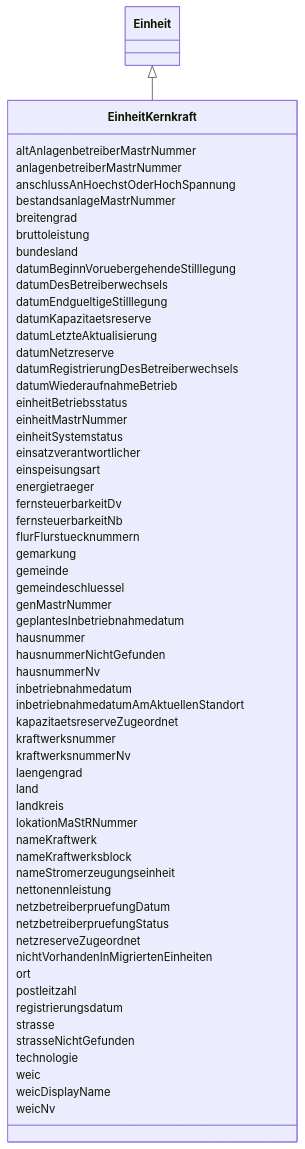
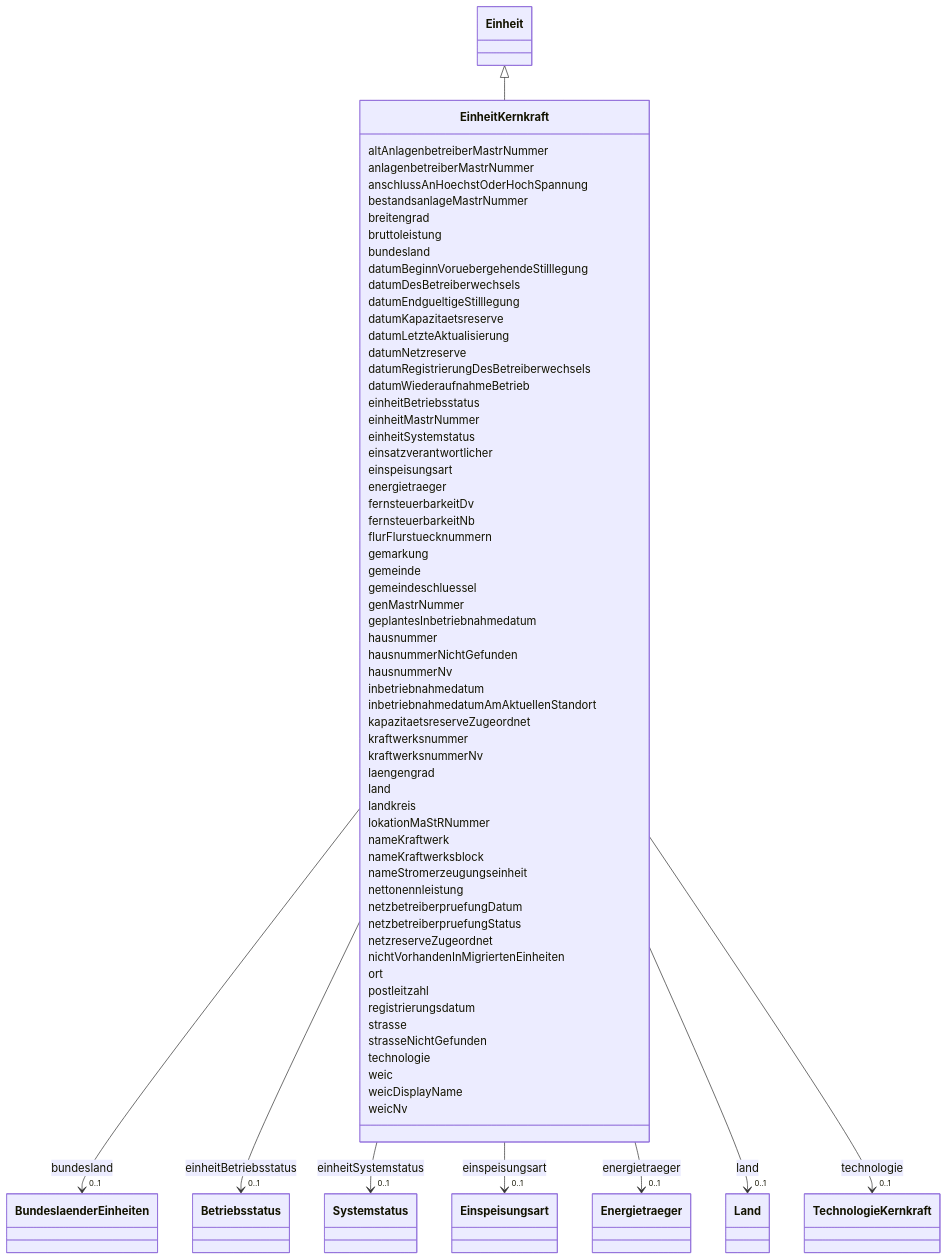
The diagram in docs/schema/classes/EinheitKernkraft.md (FlorianK13/mastr-model), drawn with Mermaid before and after one commit. The commit also changed other lines of this file and 86 other files, not shown here.

```diff
--- a/docs/schema/classes/EinheitKernkraft.md
+++ b/docs/schema/classes/EinheitKernkraft.md
@@ -36,6 +36,15 @@
         
       EinheitKernkraft : bundesland
         
+          
+    
+        
+        
+        EinheitKernkraft --> "0..1" BundeslaenderEinheiten : bundesland
+        click BundeslaenderEinheiten href "../../enums/BundeslaenderEinheiten/"
+    
+
+        
       EinheitKernkraft : datumBeginnVoruebergehendeStilllegung
         
       EinheitKernkraft : datumDesBetreiberwechsels
@@ -54,15 +63,51 @@
         
       EinheitKernkraft : einheitBetriebsstatus
         
+          
+    
+        
+        
+        EinheitKernkraft --> "0..1" Betriebsstatus : einheitBetriebsstatus
+        click Betriebsstatus href "../../enums/Betriebsstatus/"
+    
+
+        
       EinheitKernkraft : einheitMastrNummer
         
       EinheitKernkraft : einheitSystemstatus
+        
+          
+    
+        
+        
+        EinheitKernkraft --> "0..1" Systemstatus : einheitSystemstatus
+        click Systemstatus href "../../enums/Systemstatus/"
+    
+
         
       EinheitKernkraft : einsatzverantwortlicher
         
       EinheitKernkraft : einspeisungsart
         
+          
+    
+        
+        
+        EinheitKernkraft --> "0..1" Einspeisungsart : einspeisungsart
+        click Einspeisungsart href "../../enums/Einspeisungsart/"
+    
+
+        
       EinheitKernkraft : energietraeger
+        
+          
+    
+        
+        
+        EinheitKernkraft --> "0..1" Energietraeger : energietraeger
+        click Energietraeger href "../../enums/Energietraeger/"
+    
+
         
       EinheitKernkraft : fernsteuerbarkeitDv
         
@@ -100,6 +145,15 @@
         
       EinheitKernkraft : land
         
+          
+    
+        
+        
+        EinheitKernkraft --> "0..1" Land : land
+        click Land href "../../enums/Land/"
+    
+
+        
       EinheitKernkraft : landkreis
         
       EinheitKernkraft : lokationMaStRNummer
@@ -132,6 +186,15 @@
         
       EinheitKernkraft : technologie
         
+          
+    
+        
+        
+        EinheitKernkraft --> "0..1" TechnologieKernkraft : technologie
+        click TechnologieKernkraft href "../../enums/TechnologieKernkraft/"
+    
+
+        
       EinheitKernkraft : weic
         
       EinheitKernkraft : weicDisplayName
```
